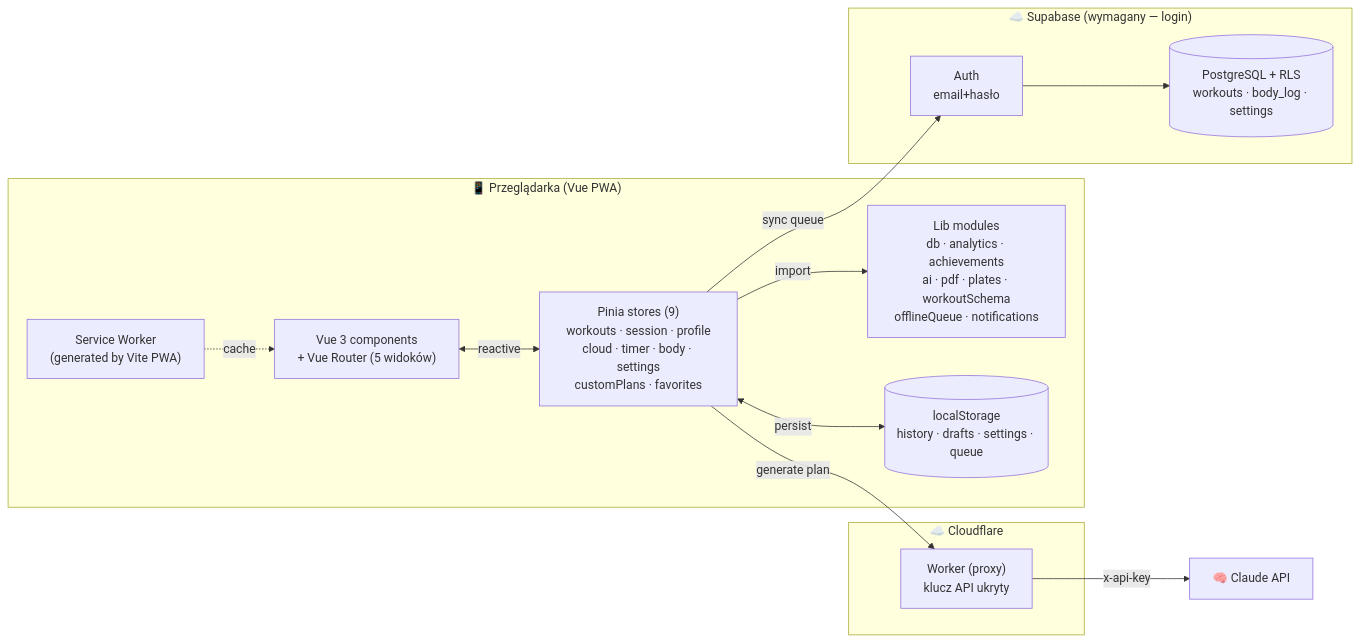
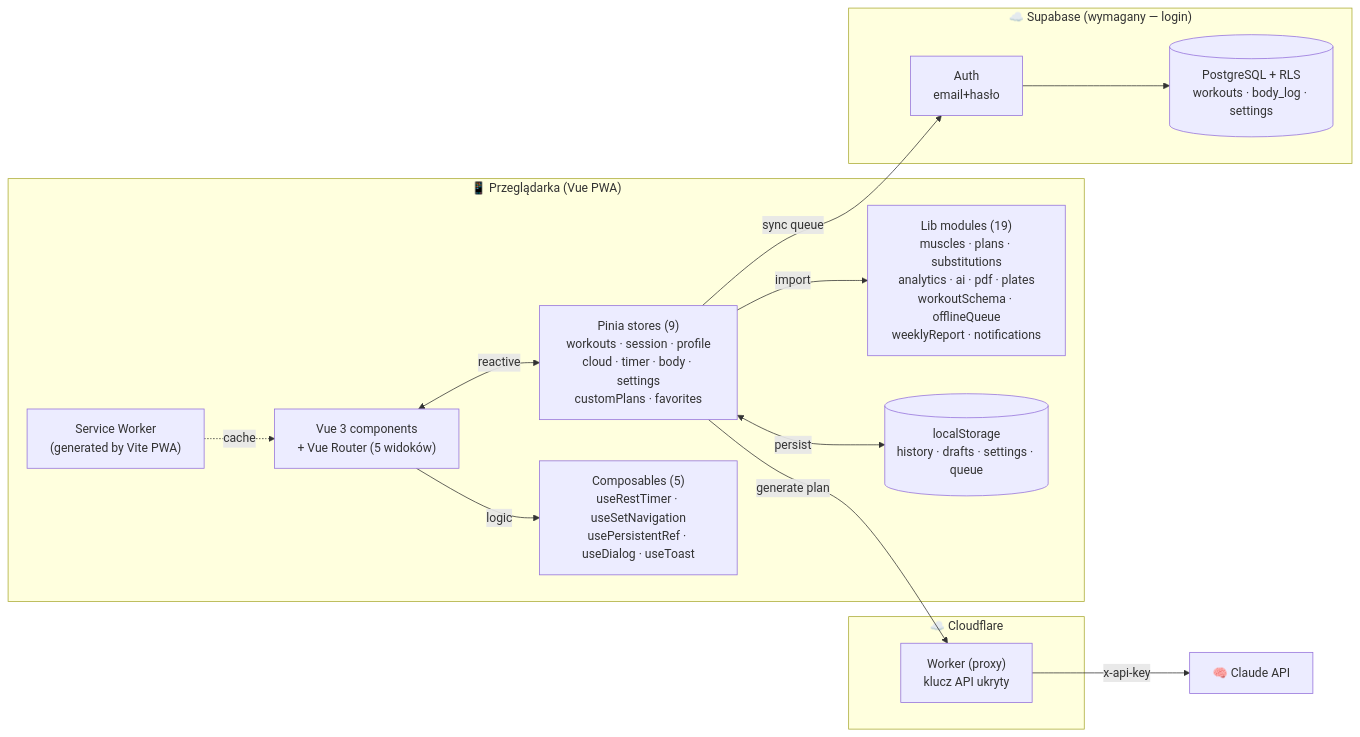
Before and after one commit to LukaszBonio/trening: the first of 2 diagrams in README.md, drawn with Mermaid. The commit also changed other lines of this file, not shown here.

First line of the commit message:
Docs: aktualizacja README — composables, testy, refactoring V2.1

````diff
--- a/README.md
+++ b/README.md
@@ -228,27 +233,29 @@
 ```mermaid
 flowchart LR
     subgraph Client["📱 Przeglądarka (Vue PWA)"]
         UI["Vue 3 components<br/>+ Vue Router (5 widoków)"]
         Stores["Pinia stores (9)<br/>workouts · session · profile<br/>cloud · timer · body · settings<br/>customPlans · favorites"]
-        Libs["Lib modules<br/>db · analytics · achievements<br/>ai · pdf · plates · workoutSchema<br/>offlineQueue · notifications"]
+        Composables["Composables (5)<br/>useRestTimer · useSetNavigation<br/>usePersistentRef · useDialog · useToast"]
+        Libs["Lib modules (19)<br/>muscles · plans · substitutions<br/>analytics · ai · pdf · plates<br/>workoutSchema · offlineQueue<br/>weeklyReport · notifications"]
         SW["Service Worker<br/>(generated by Vite PWA)"]
         LS[("localStorage<br/>history · drafts · settings · queue")]
     end
     subgraph Edge["☁️ Cloudflare"]
         W["Worker (proxy)<br/>klucz API ukryty"]
     end
     subgraph Cloud["☁️ Supabase (wymagany — login)"]
         Auth["Auth<br/>email+hasło"]
         DB[("PostgreSQL + RLS<br/>workouts · body_log · settings")]
     end
     AI["🧠 Claude API"]
 
     UI <-->|reactive| Stores
+    UI -->|logic| Composables
     Stores <-->|persist| LS
     Stores -->|import| Libs
     SW -.->|cache| UI
     Stores -->|generate plan| W
     W -->|x-api-key| AI
     Stores -->|sync queue| Auth
     Auth --> DB
 ```
````
